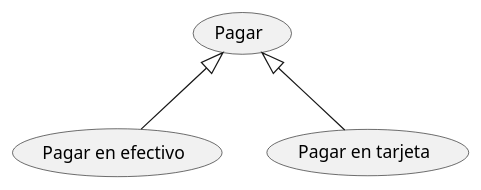
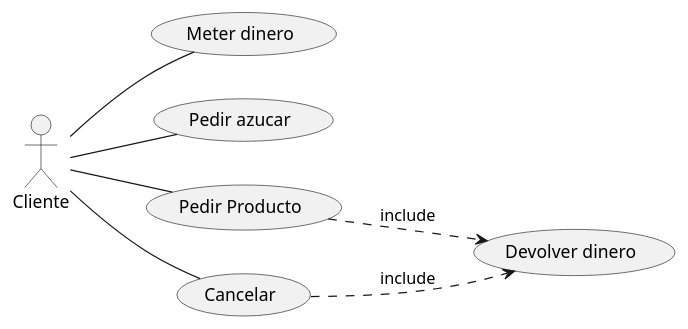
The diagram in src/PlanUml.puml (b3n0nk3/PlantUml), drawn with PlantUML before and after one commit.

Commit message:
Ejemplo cafe

```diff
--- a/src/PlanUml.puml
+++ b/src/PlanUml.puml
@@ -1,7 +1,12 @@
 @startuml
-top to bottom direction
+left to right direction
 
-(Pagar) <|-- (Pagar en efectivo)
-(Pagar) <|-- (Pagar en tarjeta)
+:Cliente: -- (Meter dinero)
+:Cliente: -- (Pedir azucar)
+:Cliente: -- (Pedir Producto)
+:Cliente: -- (Cancelar)
+(Pedir Producto) ..> (Devolver dinero) : include
+(Cancelar) ..> (Devolver dinero) : include
+
 
 @enduml
```
